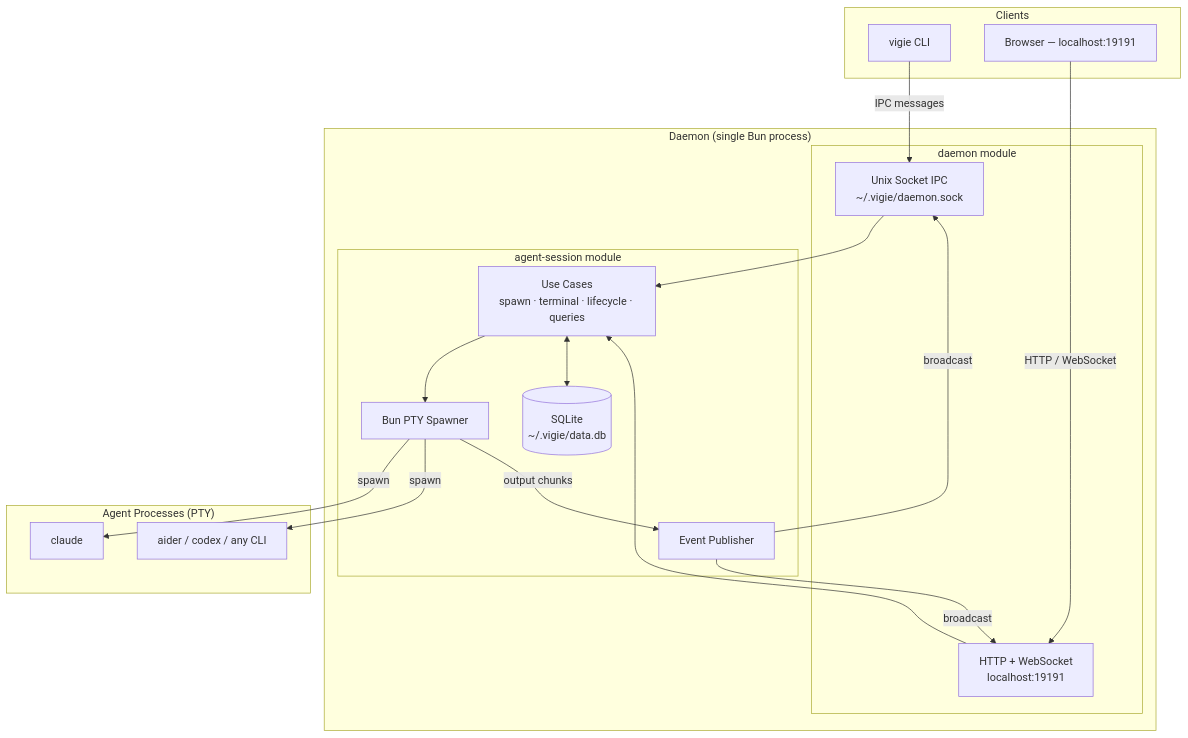
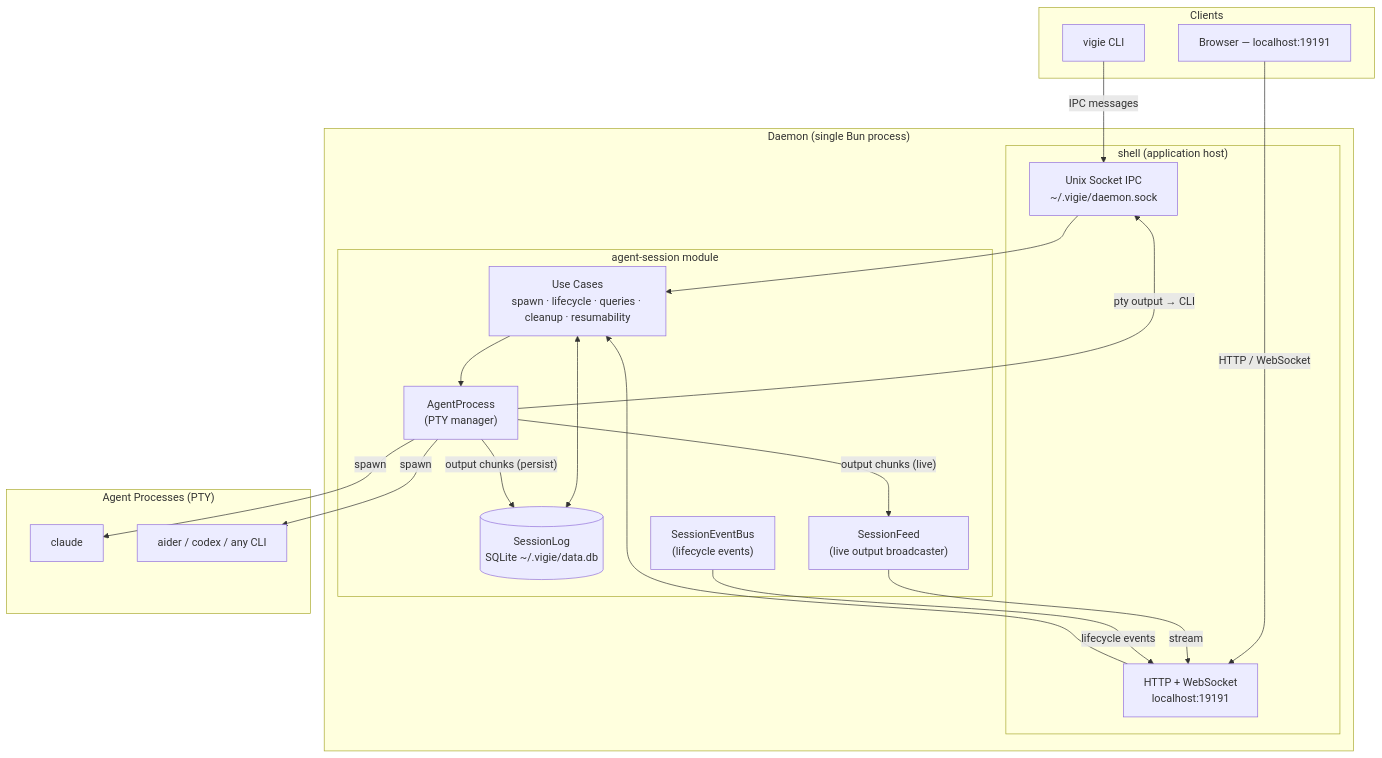
Before and after one commit to get-tmonier/vigie: the diagram in docs/architecture/overview.md, drawn with Mermaid. The commit also changed 164 other files, not shown here.

First line of the commit message:
refactor(daemon): fix server startup and improve architectural hygiene                                                                                            (#31)

````diff
--- a/docs/architecture/overview.md
+++ b/docs/architecture/overview.md
@@ -5,37 +5,40 @@
 ```mermaid
 graph TB
     subgraph clients["Clients"]
         CLI["vigie CLI"]
         Browser["Browser — localhost:19191"]
     end
 
     subgraph daemon["Daemon (single Bun process)"]
-        subgraph daemon_mod["daemon module"]
+        subgraph shell["shell (application host)"]
             IPC["Unix Socket IPC<br/>~/.vigie/daemon.sock"]
             HTTP["HTTP + WebSocket<br/>localhost:19191"]
         end
         subgraph session_mod["agent-session module"]
-            UC["Use Cases<br/>spawn · terminal · lifecycle · queries"]
-            PTY["Bun PTY Spawner"]
-            DB[("SQLite<br/>~/.vigie/data.db")]
-            Events["Event Publisher"]
+            UC["Use Cases<br/>spawn · lifecycle · queries · cleanup · resumability"]
+            AgentProcess["AgentProcess<br/>(PTY manager)"]
+            SessionLog[("SessionLog<br/>SQLite ~/.vigie/data.db")]
+            SessionFeed["SessionFeed<br/>(live output broadcaster)"]
+            SessionEventBus["SessionEventBus<br/>(lifecycle events)"]
         end
     end
 
     subgraph agents["Agent Processes (PTY)"]
         Claude["claude"]
         Other["aider / codex / any CLI"]
     end
 
     CLI -->|"IPC messages"| IPC
     Browser -->|"HTTP / WebSocket"| HTTP
     IPC --> UC
     HTTP --> UC
-    UC --> PTY
-    UC <--> DB
-    PTY -->|spawn| Claude
-    PTY -->|spawn| Other
-    PTY -->|output chunks| Events
-    Events -->|broadcast| HTTP
-    Events -->|broadcast| IPC
+    UC --> AgentProcess
+    UC <--> SessionLog
+    AgentProcess -->|spawn| Claude
+    AgentProcess -->|spawn| Other
+    AgentProcess -->|"output chunks (persist)"| SessionLog
+    AgentProcess -->|"output chunks (live)"| SessionFeed
+    SessionFeed -->|"stream"| HTTP
+    AgentProcess -->|"pty output → CLI"| IPC
+    SessionEventBus -->|"lifecycle events"| HTTP
 ```
````
